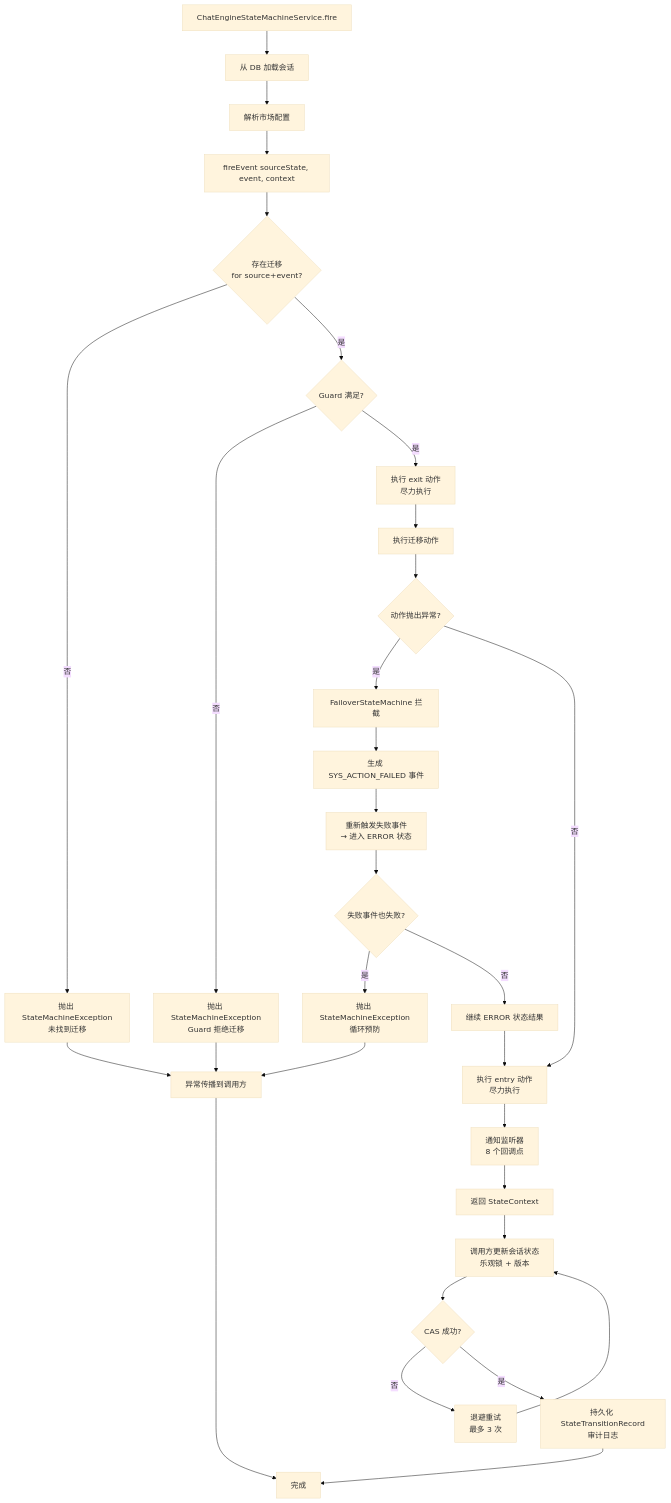
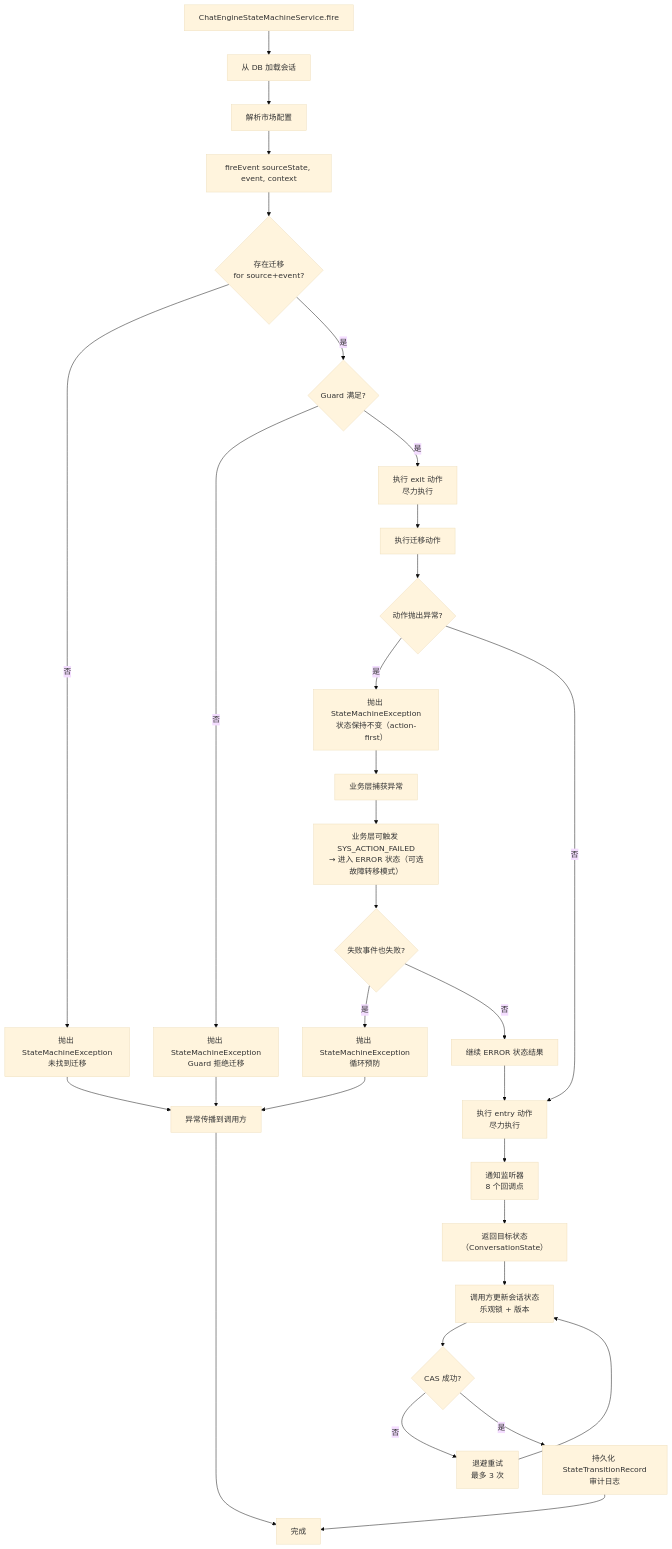
Before and after one commit to huangzhiqiu/ai-knowledge-design: the seventh of 7 diagrams in 08-Code/state-machine/docs/zh/03-State-Transition-Diagrams.md, drawn with Mermaid (base theme). The commit also changed other lines of this file and 4 other files, not shown here.

````diff
--- a/08-Code/state-machine/docs/zh/03-State-Transition-Diagrams.md
+++ b/08-Code/state-machine/docs/zh/03-State-Transition-Diagrams.md
@@ -248,40 +248,40 @@
 ```mermaid
 flowchart TD
     A[ChatEngineStateMachineService.fire] --> B[从 DB 加载会话]
     B --> C[解析市场配置]
     C --> D[fireEvent sourceState, event, context]
 
     D --> E{存在迁移<br/>for source+event?}
     E -->|否| F[抛出 StateMachineException<br/>未找到迁移]
     E -->|是| G{Guard 满足?}
 
     G -->|否| H[抛出 StateMachineException<br/>Guard 拒绝迁移]
     G -->|是| I[执行 exit 动作<br/>尽力执行]
 
     I --> J[执行迁移动作]
     J --> K{动作抛出异常?}
 
-    K -->|是| L[FailoverStateMachine 拦截]
-    L --> M[生成 SYS_ACTION_FAILED 事件]
-    M --> N[重新触发失败事件<br/>→ 进入 ERROR 状态]
+    K -->|是| L[抛出 StateMachineException<br/>状态保持不变（action-first）]
+    L --> M[业务层捕获异常]
+    M --> N[业务层可触发 SYS_ACTION_FAILED<br/>→ 进入 ERROR 状态（可选故障转移模式）]
     N --> O{失败事件也失败?}
     O -->|是| P[抛出 StateMachineException<br/>循环预防]
     O -->|否| Q[继续 ERROR 状态结果]
 
     K -->|否| R[执行 entry 动作<br/>尽力执行]
     Q --> R
     R --> S[通知监听器<br/>8 个回调点]
-    S --> T[返回 StateContext]
+    S --> T[返回目标状态（ConversationState）]
 
     F --> U[异常传播到调用方]
     H --> U
     P --> U
 
     T --> V[调用方更新会话状态<br/>乐观锁 + 版本]
     V --> W{CAS 成功?}
     W -->|否| X[退避重试<br/>最多 3 次]
     X --> V
     W -->|是| Y[持久化 StateTransitionRecord<br/>审计日志]
     Y --> Z[完成]
     U --> Z
 ```
````
